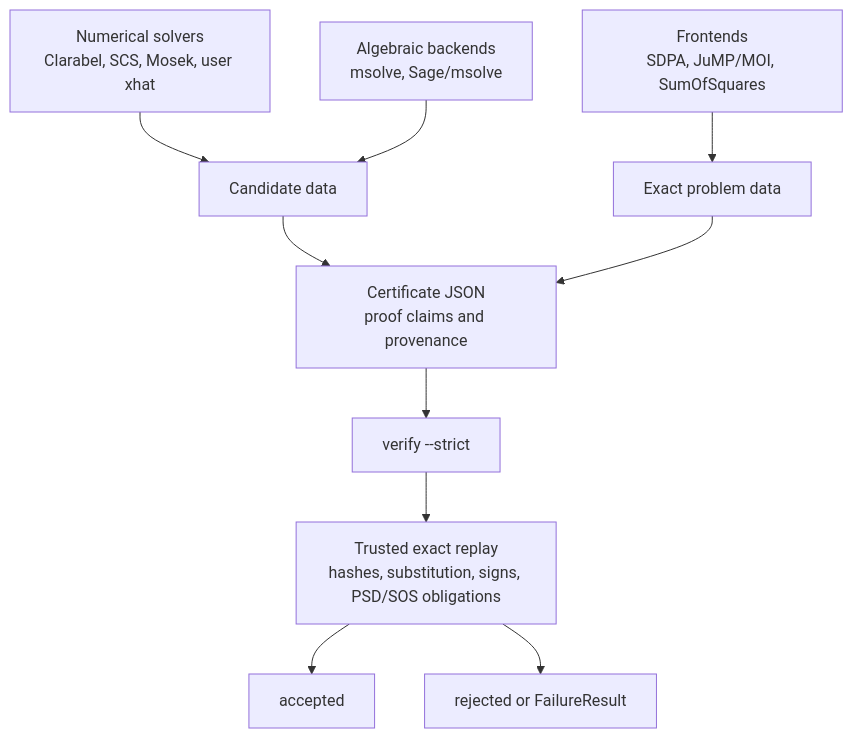
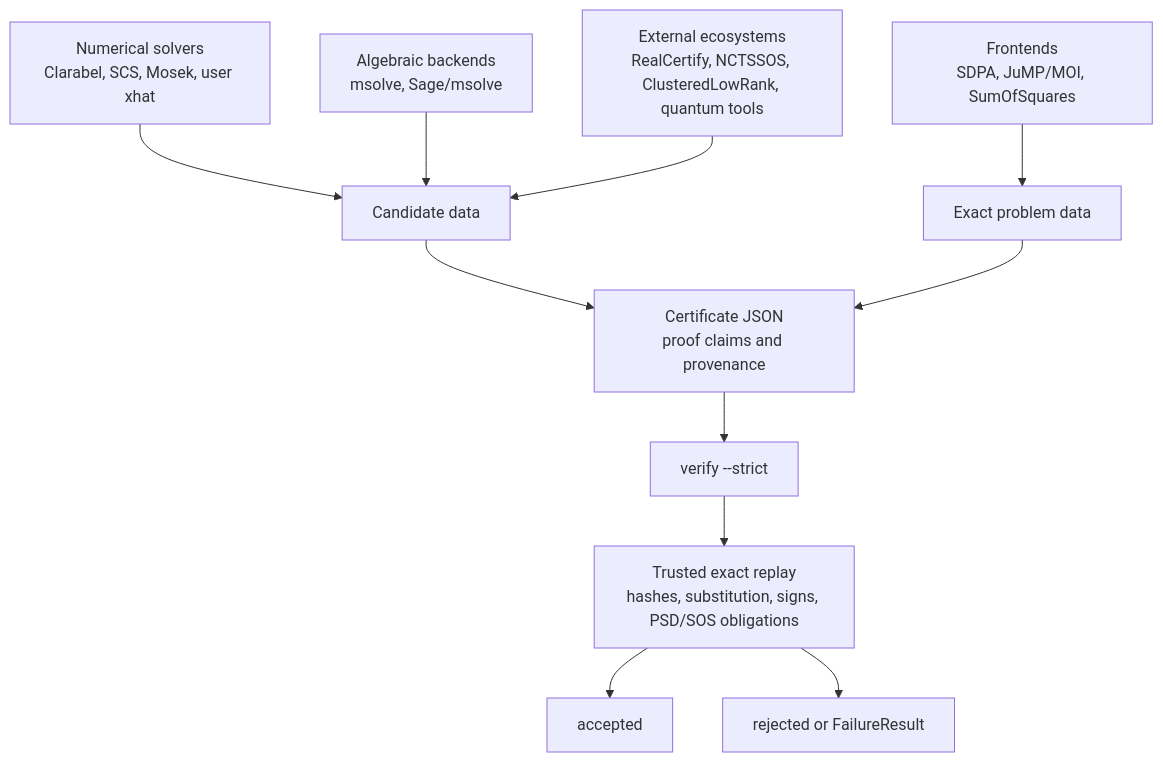
One commit to dan-sik/CertSDP.jl changed the diagram in docs/trust_model.md. Above: the diagram before and after it, drawn with Mermaid. The commit also changed other lines of this file and 41 other files, not shown here.

````diff
--- a/docs/trust_model.md
+++ b/docs/trust_model.md
@@ -10,12 +10,13 @@
 ```mermaid
 flowchart TB
     N["Numerical solvers<br/>Clarabel, SCS, Mosek, user xhat"] --> C["Candidate data"]
     A["Algebraic backends<br/>msolve, Sage/msolve"] --> C
+    E["External ecosystems<br/>RealCertify, NCTSSOS, ClusteredLowRank, quantum tools"] --> C
     F["Frontends<br/>SDPA, JuMP/MOI, SumOfSquares"] --> P["Exact problem data"]
     C --> J["Certificate JSON<br/>proof claims and provenance"]
     P --> J
     J --> V["verify --strict"]
     V --> T["Trusted exact replay<br/>hashes, substitution, signs, PSD/SOS obligations"]
     T --> OK["accepted"]
     T --> NO["rejected or FailureResult"]
 ```
````
